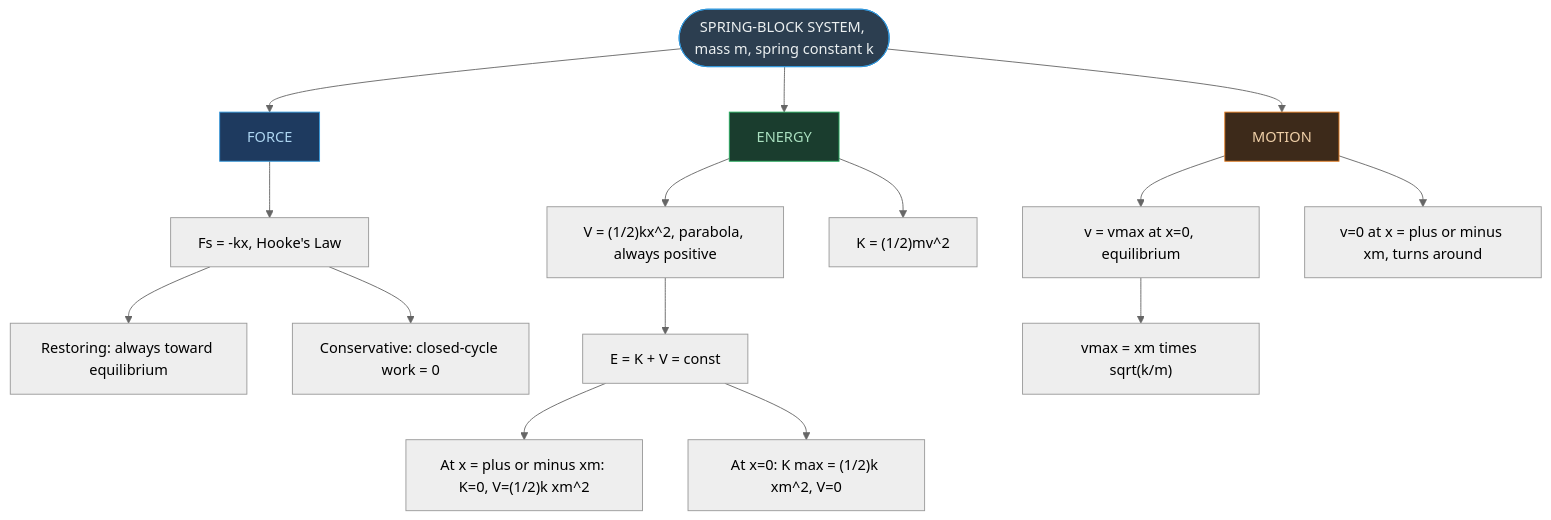
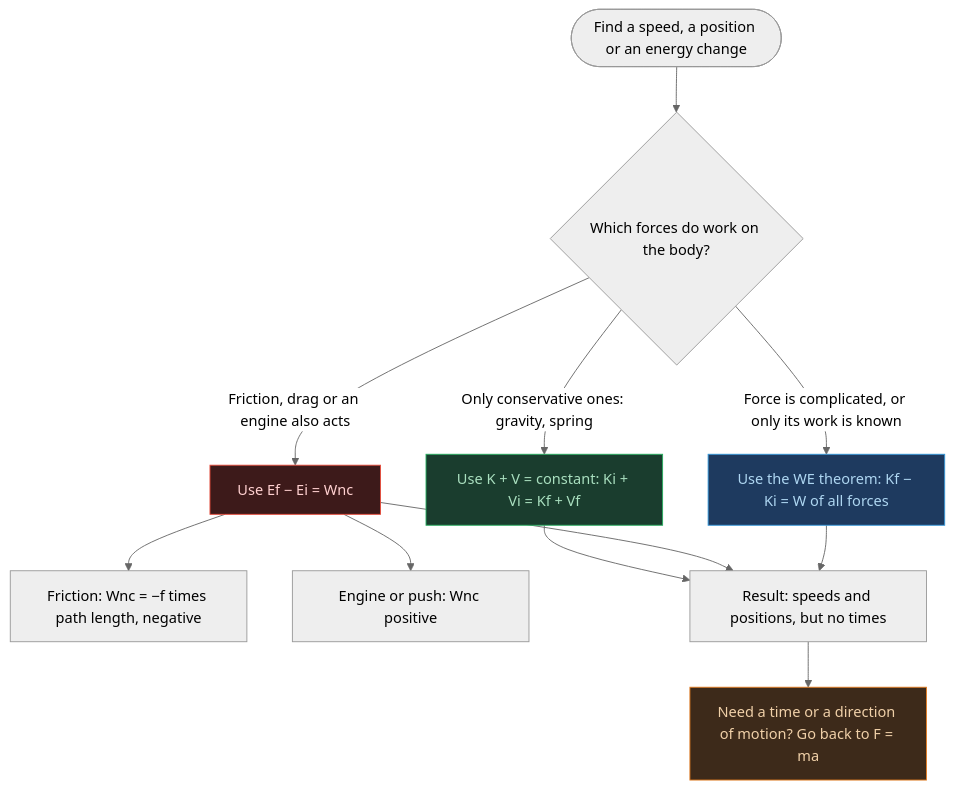
One commit to fsr-science/NCERT-Science changed the seventh of 9 diagrams in AI-NOTES/PHYSICS/PHYSICS05-WORK_ENERGY_AND_POWER/PHYSICS05-WORK_ENERGY_AND_POWER-NOTES.md. Above: the diagram before and after it, drawn with Mermaid (neutral theme). The commit also changed other lines of this file, not shown here.

````diff
--- a/AI-NOTES/PHYSICS/PHYSICS05-WORK_ENERGY_AND_POWER/PHYSICS05-WORK_ENERGY_AND_POWER-NOTES.md
+++ b/AI-NOTES/PHYSICS/PHYSICS05-WORK_ENERGY_AND_POWER/PHYSICS05-WORK_ENERGY_AND_POWER-NOTES.md
@@ -289,26 +1811,18 @@
 ```mermaid
 flowchart TD
-    ROOT(["SPRING-BLOCK SYSTEM, mass m, spring constant k"])
-    ROOT --> FORCE["FORCE"]
-    ROOT --> ENERGY["ENERGY"]
-    ROOT --> MOTION["MOTION"]
+    A(["Find a speed, a position or an energy change"]) --> B{"Which forces do work on the body?"}
+    B -->|"Only conservative ones: gravity, spring"| C["Use K + V = constant: Ki + Vi = Kf + Vf"]
+    B -->|"Friction, drag or an engine also acts"| D["Use Ef − Ei = Wnc"]
+    B -->|"Force is complicated, or only its work is known"| E["Use the WE theorem: Kf − Ki = W of all forces"]
+    D --> D1["Friction: Wnc = −f times path length, negative"]
+    D --> D2["Engine or push: Wnc positive"]
+    C --> F["Result: speeds and positions, but no times"]
+    D --> F
+    E --> F
+    F --> G["Need a time or a direction of motion? Go back to F = ma"]
 
-    FORCE --> FORCE1["Fs = -kx, Hooke's Law"]
-    FORCE1 --> FORCE2["Restoring: always toward equilibrium"]
-    FORCE1 --> FORCE3["Conservative: closed-cycle work = 0"]
-
-    ENERGY --> ENERGY1["V = (1/2)kx^2, parabola, always positive"]
-    ENERGY --> ENERGY2["K = (1/2)mv^2"]
-    ENERGY1 --> ENERGY3["E = K + V = const"]
-    ENERGY3 --> ENERGY4["At x = plus or minus xm: K=0, V=(1/2)k xm^2"]
-    ENERGY3 --> ENERGY5["At x=0: K max = (1/2)k xm^2, V=0"]
-
-    MOTION --> MOTION1["v = vmax at x=0, equilibrium"]
-    MOTION1 --> MOTION2["vmax = xm times sqrt(k/m)"]
-    MOTION --> MOTION3["v=0 at x = plus or minus xm, turns around"]
-
-    style ROOT fill:#2c3e50,color:#ecf0f1,stroke:#3498db
-    style FORCE fill:#1e3a5f,color:#aed6f1,stroke:#3498db
-    style ENERGY fill:#1a3d2e,color:#a9dfbf,stroke:#27ae60
-    style MOTION fill:#3d2a1a,color:#f0d0a8,stroke:#e67e22
+    style C fill:#1a3d2e,color:#a9dfbf,stroke:#27ae60
+    style D fill:#3d1a1a,color:#ffd0d0,stroke:#e74c3c
+    style E fill:#1e3a5f,color:#aed6f1,stroke:#3498db
+    style G fill:#3d2a1a,color:#f0d0a8,stroke:#e67e22
 ```
````
